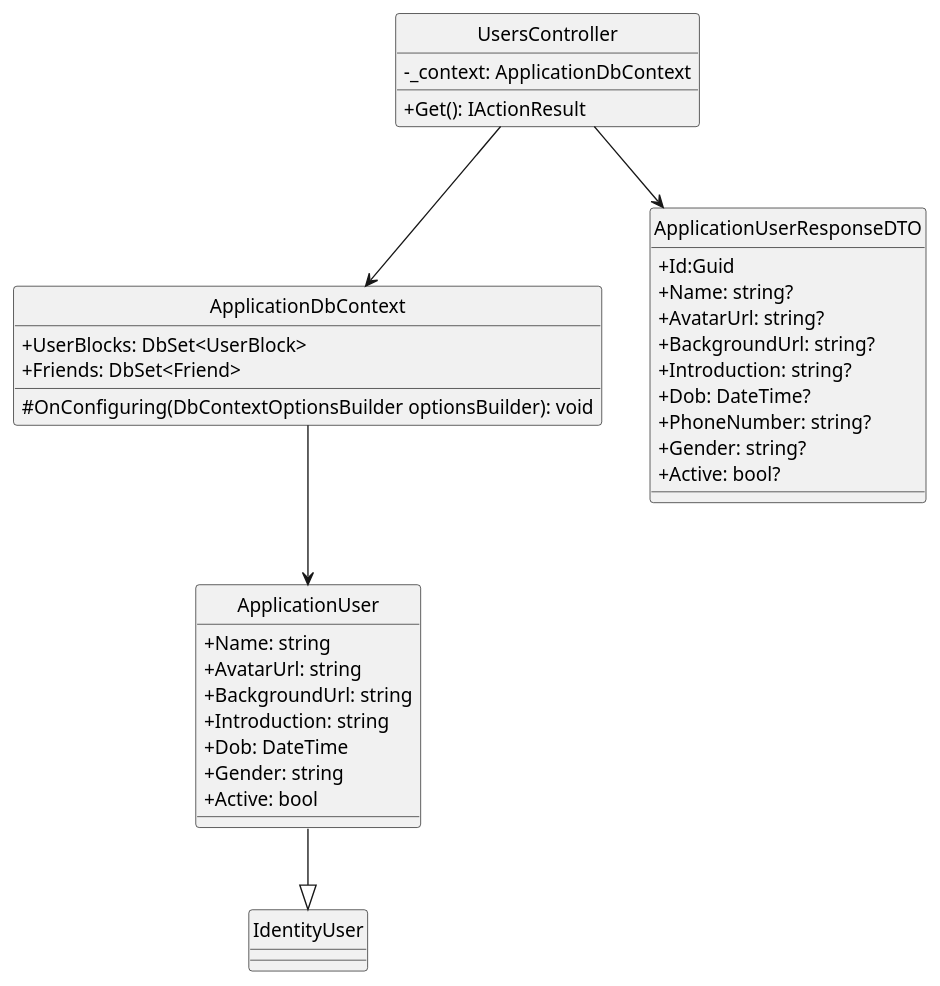
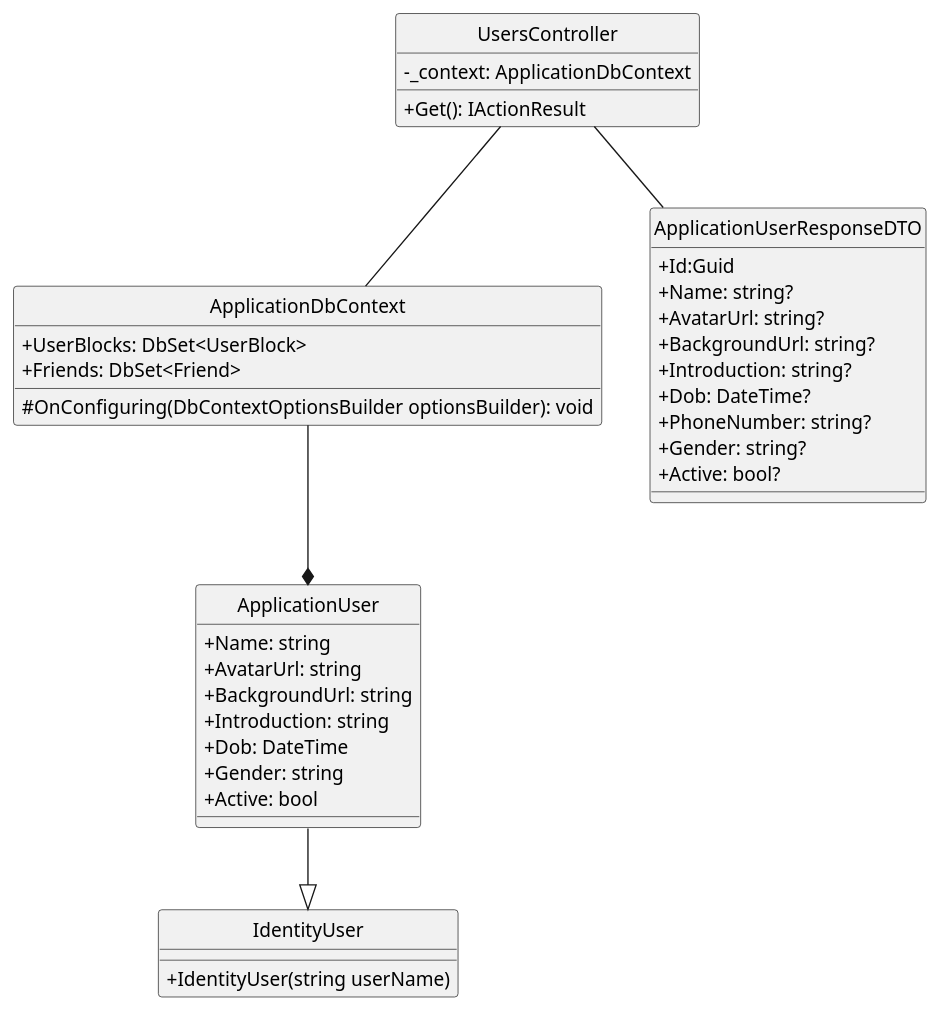
The diagram in docs/Class Diagram/Identity/GetUserById/ClassDiagram.plantuml (Carl-Johnsons/Chat-Application), drawn with PlantUML before and after one commit. The commit also changed 7 other files, not shown here.

```diff
--- a/docs/Class Diagram/Identity/GetUserById/ClassDiagram.plantuml
+++ b/docs/Class Diagram/Identity/GetUserById/ClassDiagram.plantuml
@@ -1,44 +1,46 @@
 @startuml getUserById
 hide circle
 skinparam classAttributeIconSize 0
 class UsersController {
     - _context: ApplicationDbContext
     + Get(): IActionResult 
 }
 
 class ApplicationDbContext {
     + UserBlocks: DbSet<UserBlock>
     + Friends: DbSet<Friend>
     # OnConfiguring(DbContextOptionsBuilder optionsBuilder): void
 }
 
 class ApplicationUserResponseDTO{
     + Id:Guid
     + Name: string?
     + AvatarUrl: string?
     + BackgroundUrl: string?
     + Introduction: string?
     + Dob: DateTime?
     + PhoneNumber: string?
     + Gender: string?
     + Active: bool?    
 }
 
 
 class ApplicationUser {
     + Name: string
     + AvatarUrl: string
     + BackgroundUrl: string
     + Introduction: string
     + Dob: DateTime
     + Gender: string
     + Active: bool
 }
 
-class IdentityUser
+class IdentityUser {
+    + IdentityUser(string userName) 
+}
 
-UsersController --> ApplicationDbContext
-UsersController --> ApplicationUserResponseDTO
-ApplicationDbContext --> ApplicationUser
+UsersController -- ApplicationDbContext
+UsersController -- ApplicationUserResponseDTO
+ApplicationDbContext --* ApplicationUser
 ApplicationUser --|> IdentityUser
 @enduml
```
